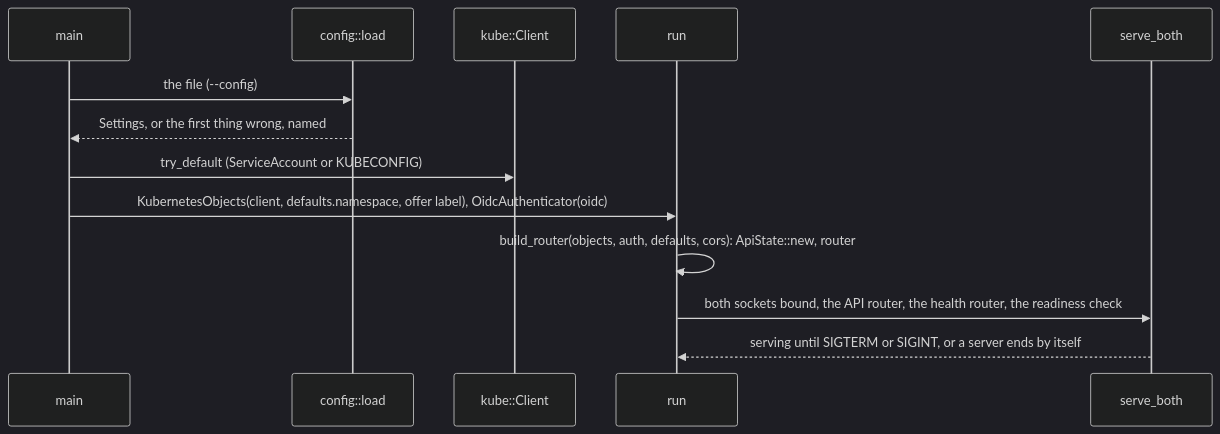
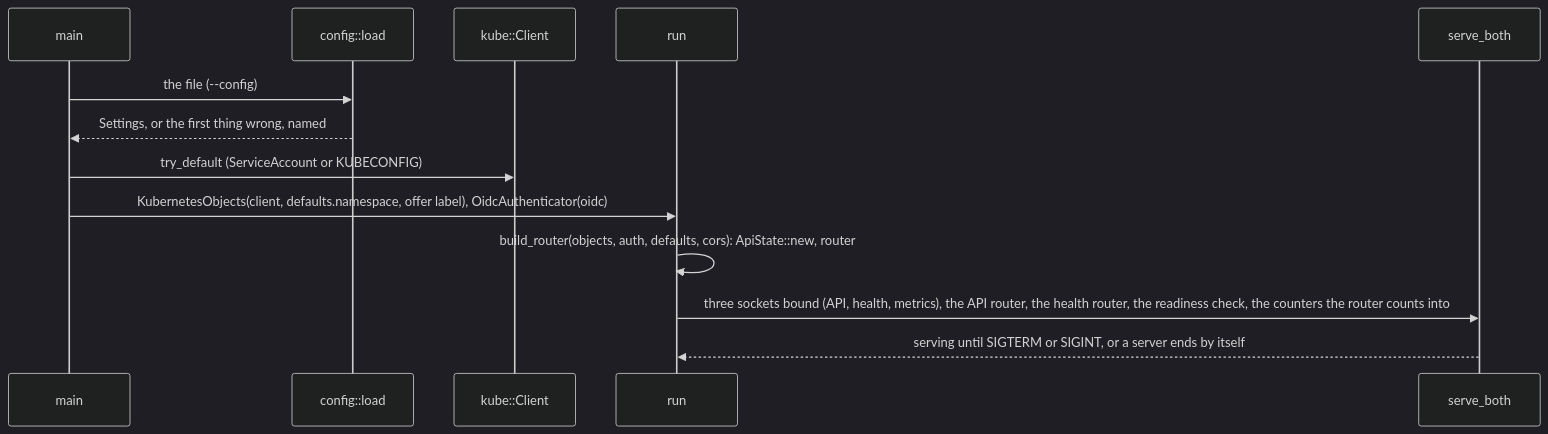
The first of 2 diagrams in bin/api/README.md (vymalo/another-agentic-platform), drawn with Mermaid (dark theme) before and after one commit. The commit also changed other lines of this file and 33 other files, not shown here.

First line of the commit message:
feat(api): metrics for the Platform API and ServiceMonitors in the chart (K4) (#44)

````diff
--- a/bin/api/README.md
+++ b/bin/api/README.md
@@ -45,15 +47,15 @@
 ```mermaid
 sequenceDiagram
     participant M as main
     participant C as config::load
     participant K as kube::Client
     participant R as run
     participant S as serve_both
     M->>C: the file (--config)
     C-->>M: Settings, or the first thing wrong, named
     M->>K: try_default (ServiceAccount or KUBECONFIG)
     M->>R: KubernetesObjects(client, defaults.namespace, offer label), OidcAuthenticator(oidc)
     R->>R: build_router(objects, auth, defaults, cors): ApiState::new, router
-    R->>S: both sockets bound, the API router, the health router, the readiness check
+    R->>S: three sockets bound (API, health, metrics), the API router, the health router, the readiness check, the counters the router counts into
     S-->>R: serving until SIGTERM or SIGINT, or a server ends by itself
 ```
````
